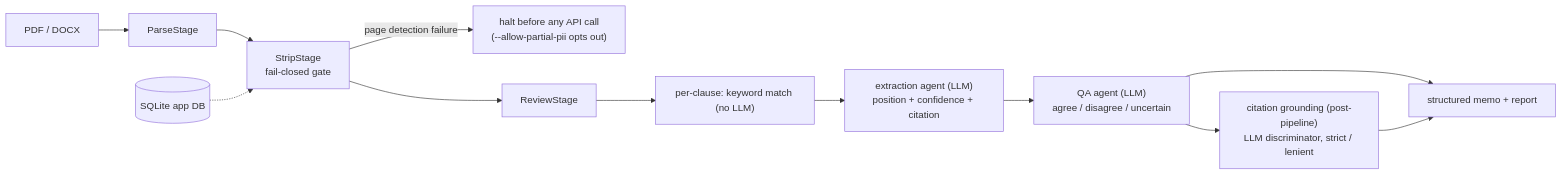
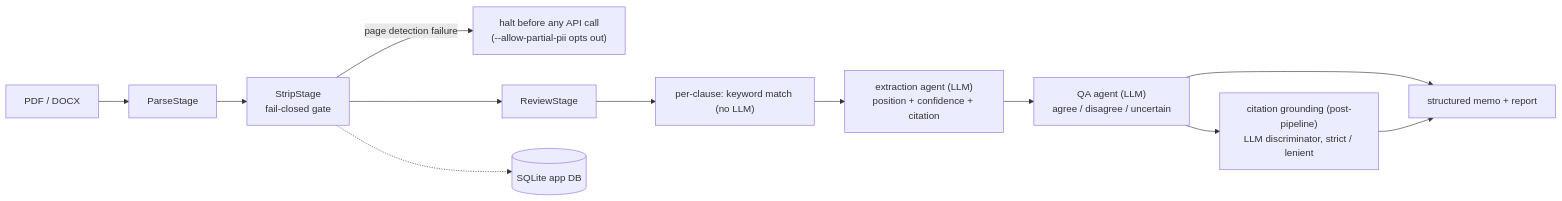
One commit to mohamed-benoughidene/openreview-cli changed the diagram in docs/ARCHITECTURE.md. Above: the diagram before and after it, drawn with Mermaid. The commit also changed other lines of this file and 1 other file, not shown here.

First line of the commit message:
docs(architecture): correct claims that did not match the code

````diff
--- a/docs/ARCHITECTURE.md
+++ b/docs/ARCHITECTURE.md
@@ -24,14 +24,14 @@
 ```mermaid
 flowchart LR
     F[PDF / DOCX] --> P[ParseStage]
     P --> S[StripStage<br/>fail-closed gate]
     S -- page detection failure --> HALT["halt before any API call<br/>(--allow-partial-pii opts out)"]
     S --> R[ReviewStage]
     R --> C["per-clause: keyword match (no LLM)"]
     C --> E["extraction agent (LLM)<br/>position + confidence + citation"]
     E --> Q["QA agent (LLM)<br/>agree / disagree / uncertain"]
     Q --> M[structured memo + report]
     Q --> G["citation grounding (post-pipeline)<br/>LLM discriminator, strict / lenient"]
     G --> M
-    D[(SQLite app DB)] -.-> S
+    S -.-> D[(SQLite app DB)]
 ```
````
